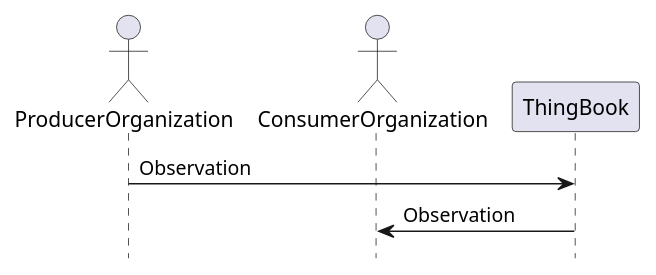
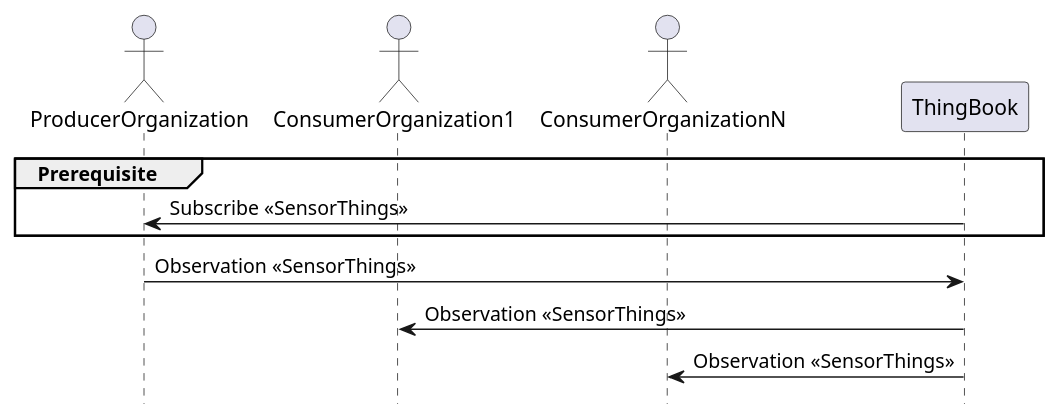
One commit to kerry-t-johnson/thingbook-doc changed the diagram in Publish a Composite Datastream Sequence Diagram.puml. Above: the diagram before and after it, drawn with PlantUML. The commit also changed 1 other file, not shown here.

Commit message:
Updated "Publish a Composite Datastream Sequence Diagram"

```diff
--- a/Publish a Composite Datastream Sequence Diagram.puml
+++ b/Publish a Composite Datastream Sequence Diagram.puml
@@ -1,9 +1,14 @@
 @startuml "Publish a Composite Datastream"
 actor ProducerOrganization
-actor ConsumerOrganization
+actor ConsumerOrganization1
+actor ConsumerOrganizationN
 
-ProducerOrganization    -> ThingBook : Observation
-ConsumerOrganization    <- ThingBook : Observation
+group Prerequisite
+ProducerOrganization    <- ThingBook: Subscribe <<SensorThings>>
+end
+ProducerOrganization    -> ThingBook : Observation <<SensorThings>>
+ConsumerOrganization1    <- ThingBook : Observation <<SensorThings>>
+ConsumerOrganizationN    <- ThingBook : Observation <<SensorThings>>
 
 hide footbox
 @enduml
```
